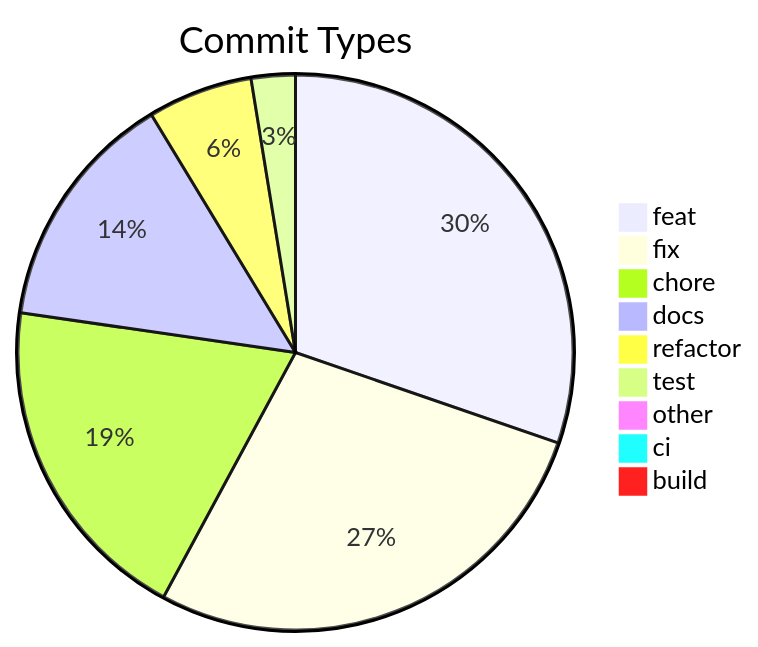
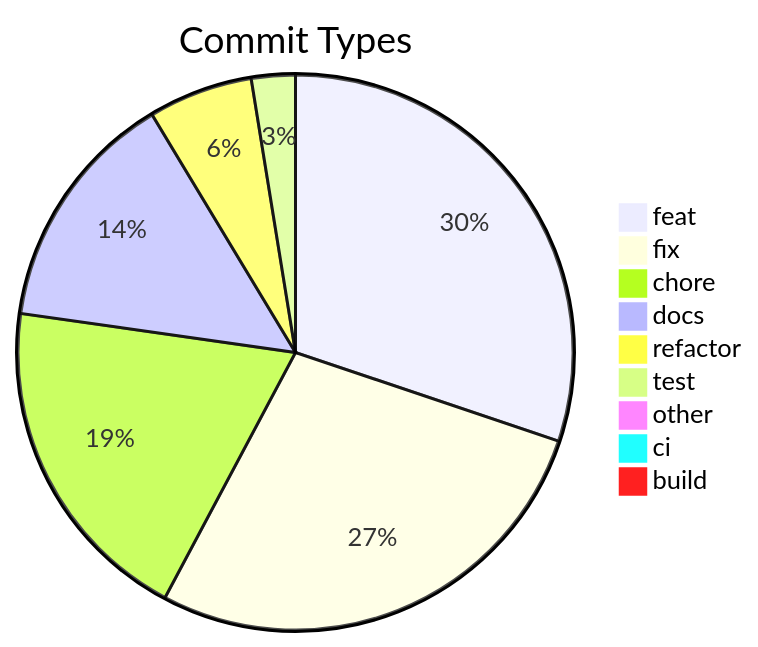
Before and after one commit to svenroth-ai/shipwright: the diagram in .shipwright/compliance/change-history.md, drawn with Mermaid. The commit also changed other lines of this file and 7 other files, not shown here.

````diff
--- a/.shipwright/compliance/change-history.md
+++ b/.shipwright/compliance/change-history.md
@@ -8,12 +8,12 @@
 ```mermaid
 pie title Commit Types
     "feat" : 248
-    "fix" : 226
-    "chore" : 159
-    "docs" : 115
+    "fix" : 227
+    "chore" : 160
+    "docs" : 116
     "refactor" : 50
     "test" : 21
     "other" : 7
-    "ci" : 5
+    "ci" : 6
     "build" : 1
 ```
````
